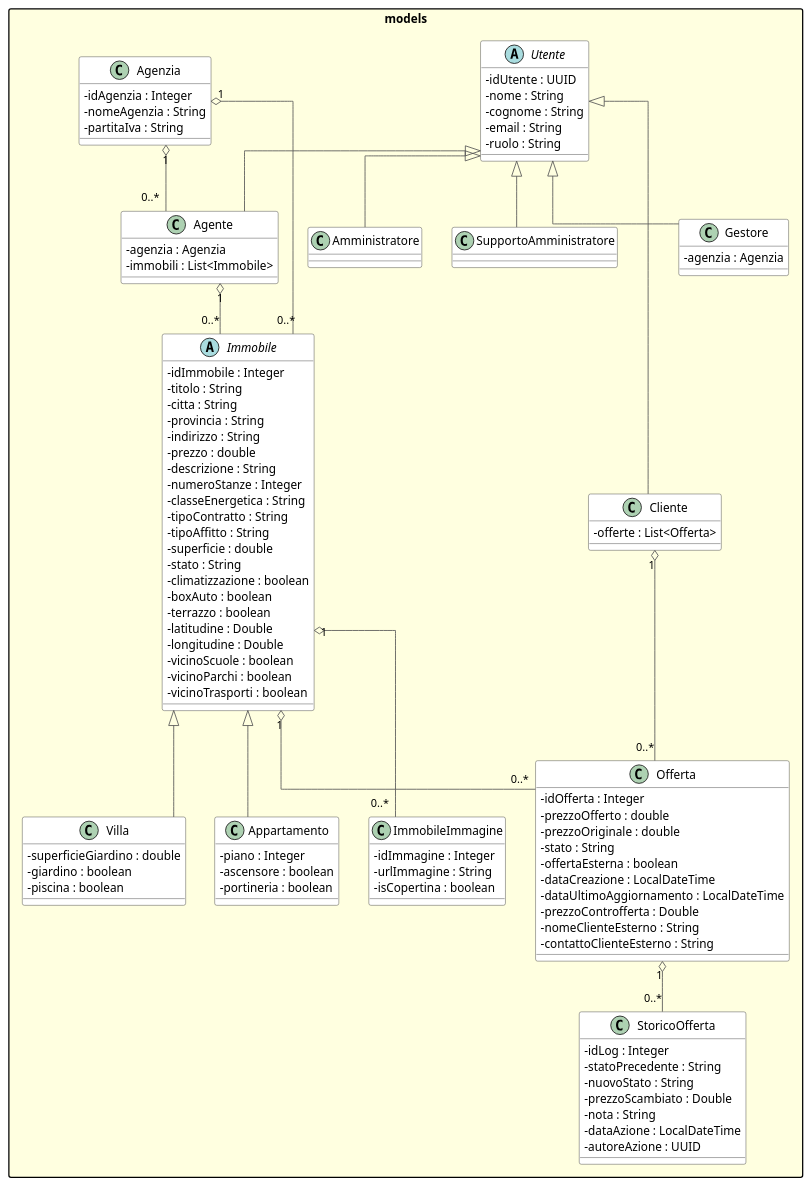
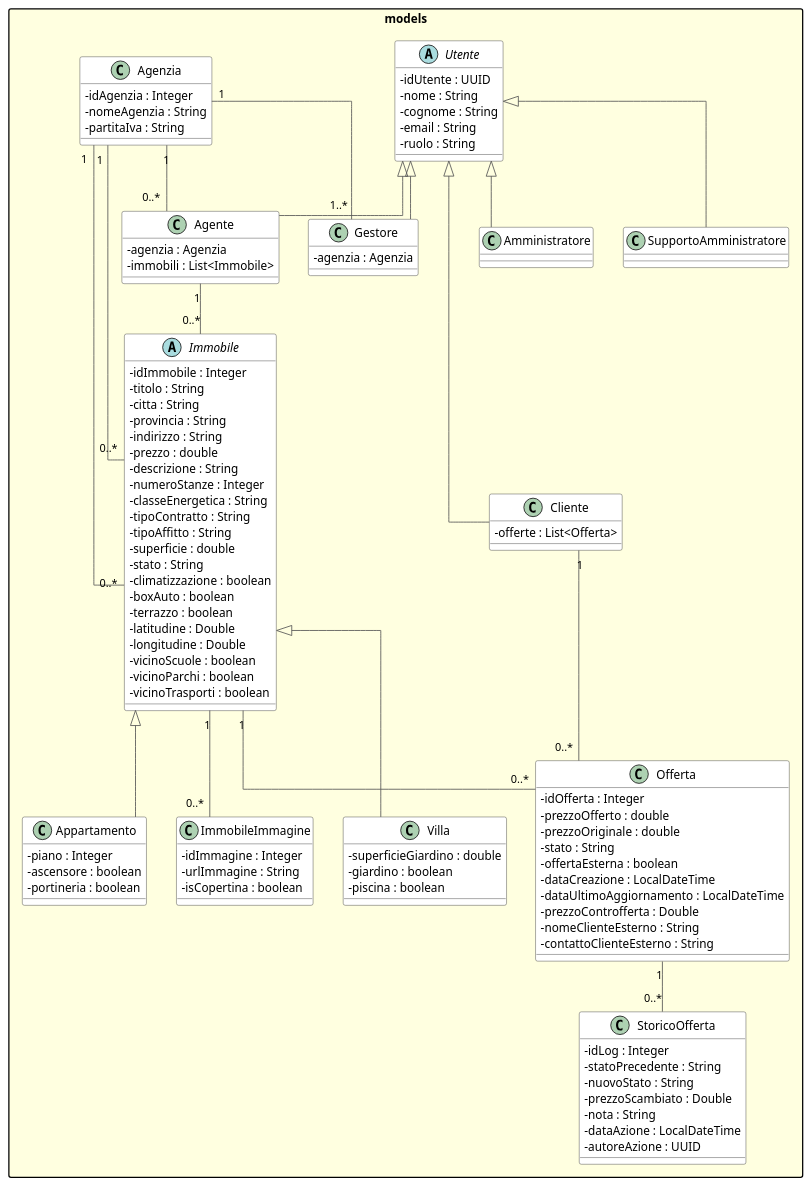
The diagram in UML/01_models.puml (Frereri/ProgettoINGSW), drawn with PlantUML before and after one commit. The commit also changed 269 other files, not shown here.

First line of the commit message:
Pulizia e Class diagram

```diff
--- a/UML/01_models.puml
+++ b/UML/01_models.puml
@@ -1,133 +1,135 @@
 @startuml DietiEstates2_Models
 
 skinparam linetype ortho
 skinparam packageStyle rectangle
 skinparam classAttributeIconSize 0
 skinparam class {
   BackgroundColor White
   BorderColor #333
   ArrowColor #555
 }
 
 package "models" #LightYellow {
 
   abstract class Utente {
     - idUtente : UUID
     - nome : String
     - cognome : String
     - email : String
     - ruolo : String
   }
 
   class Agente {
     - agenzia : Agenzia
     - immobili : List<Immobile>
   }
 
   class Cliente {
     - offerte : List<Offerta>
   }
 
   class Gestore {
     - agenzia : Agenzia
   }
 
   class Amministratore {
   }
 
   class SupportoAmministratore {
   }
 
   class Agenzia {
     - idAgenzia : Integer
     - nomeAgenzia : String
     - partitaIva : String
   }
 
   abstract class Immobile {
     - idImmobile : Integer
     - titolo : String
     - citta : String
     - provincia : String
     - indirizzo : String
     - prezzo : double
     - descrizione : String
     - numeroStanze : Integer
     - classeEnergetica : String
     - tipoContratto : String
     - tipoAffitto : String
     - superficie : double
     - stato : String
     - climatizzazione : boolean
     - boxAuto : boolean
     - terrazzo : boolean
     - latitudine : Double
     - longitudine : Double
     - vicinoScuole : boolean
     - vicinoParchi : boolean
     - vicinoTrasporti : boolean
   }
 
   class Appartamento {
     - piano : Integer
     - ascensore : boolean
     - portineria : boolean
   }
 
   class Villa {
     - superficieGiardino : double
     - giardino : boolean
     - piscina : boolean
   }
 
   class Offerta {
     - idOfferta : Integer
     - prezzoOfferto : double
     - prezzoOriginale : double
     - stato : String
     - offertaEsterna : boolean
     - dataCreazione : LocalDateTime
     - dataUltimoAggiornamento : LocalDateTime
     - prezzoControfferta : Double
     - nomeClienteEsterno : String
     - contattoClienteEsterno : String
   }
 
   class StoricoOfferta {
     - idLog : Integer
     - statoPrecedente : String
     - nuovoStato : String
     - prezzoScambiato : Double
     - nota : String
     - dataAzione : LocalDateTime
     - autoreAzione : UUID
   }
 
   class ImmobileImmagine {
     - idImmagine : Integer
     - urlImmagine : String
     - isCopertina : boolean
   }
 
   ' Ereditarietà Utente
   Utente <|-- Agente
   Utente <|-- Cliente
   Utente <|-- Gestore
   Utente <|-- Amministratore
   Utente <|-- SupportoAmministratore
 
   ' Ereditarietà Immobile
   Immobile <|-- Appartamento
   Immobile <|-- Villa
 
   ' Relazioni
-  Agenzia "1" o-- "0..*" Agente
-  Agenzia "1" o-- "0..*" Immobile
-  Agente "1" o-- "0..*" Immobile
-  Immobile "1" o-- "0..*" Offerta
-  Immobile "1" o-- "0..*" ImmobileImmagine
-  Cliente "1" o-- "0..*" Offerta
-  Offerta "1" o-- "0..*" StoricoOfferta
+  Agenzia "1" -- "0..*" Agente
+  Agenzia "1" -- "0..*" Immobile
+  Agente "1" -- "0..*" Immobile
+  Immobile "1" -- "0..*" Offerta
+  Immobile "1" -- "0..*" ImmobileImmagine
+  Cliente "1" -- "0..*" Offerta
+  Offerta "1" -- "0..*" StoricoOfferta
+  Agenzia "1" -- "1..*" Gestore
+  Agenzia  "1" -- "0..*" Immobile
 }
 
 @enduml
```
